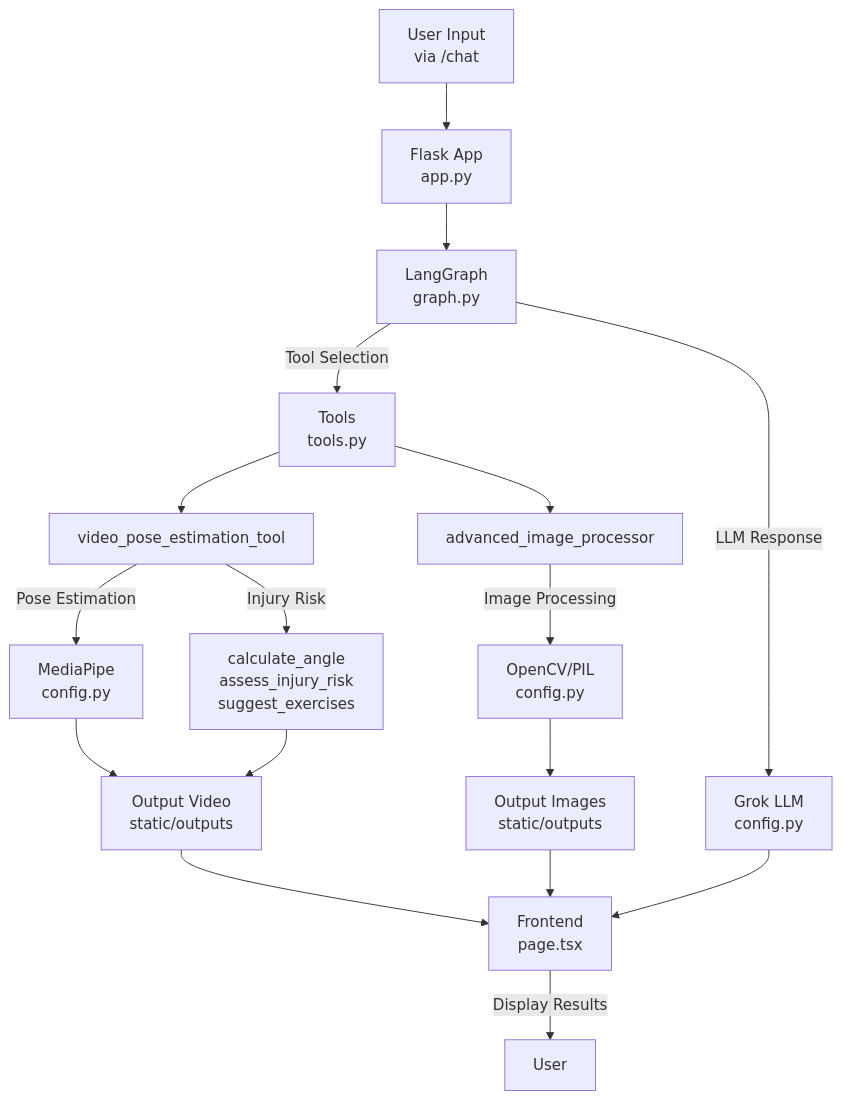
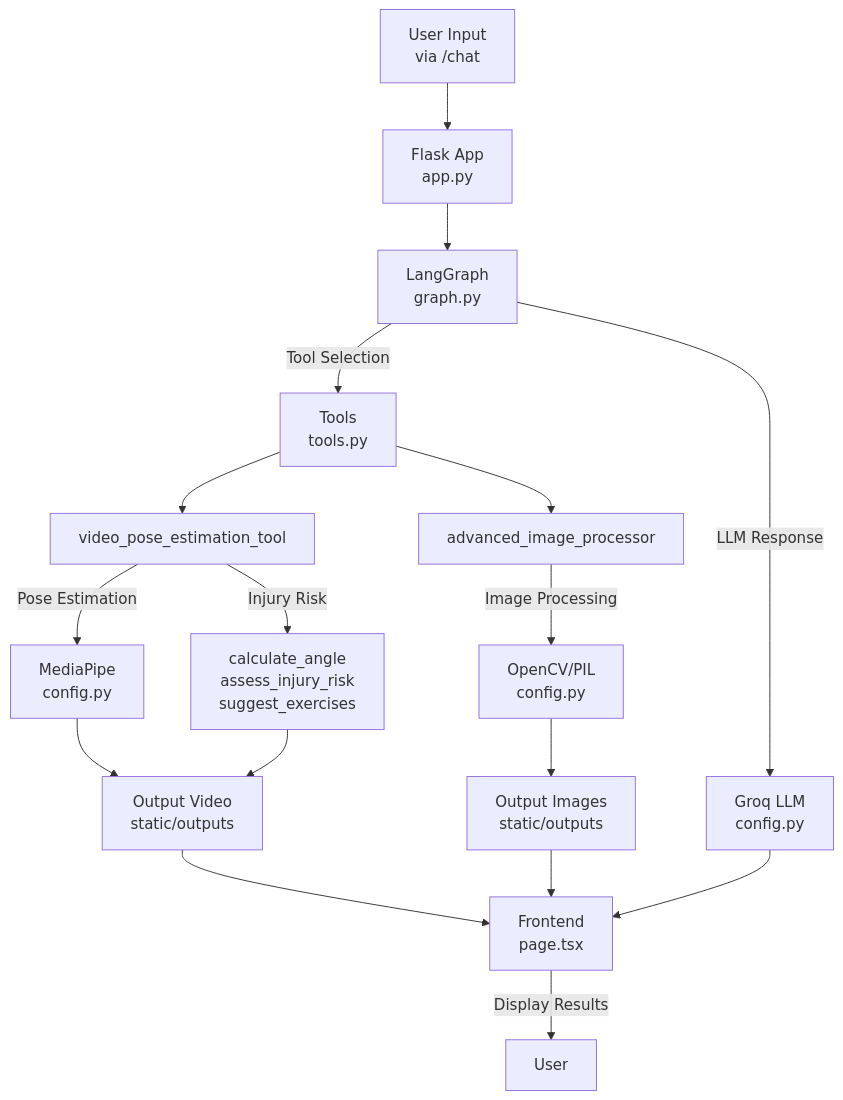
The diagram in README.md (arav7781/BharatShot), drawn with Mermaid before and after one commit. The commit also changed other lines of this file, not shown here.

````diff
--- a/README.md
+++ b/README.md
@@ -101,19 +101,19 @@
 ```mermaid
 graph TD
     A[User Input<br>via /chat] --> B[Flask App<br>app.py]
     B --> C[LangGraph<br>graph.py]
     C -->|Tool Selection| D[Tools<br>tools.py]
     D --> E[video_pose_estimation_tool]
     D --> F[advanced_image_processor]
     E -->|Pose Estimation| G[MediaPipe<br>config.py]
     E -->|Injury Risk| H[calculate_angle<br>assess_injury_risk<br>suggest_exercises]
     F -->|Image Processing| I[OpenCV/PIL<br>config.py]
     G --> J[Output Video<br>static/outputs]
     H --> J
     I --> K[Output Images<br>static/outputs]
     J --> L[Frontend<br>page.tsx]
     K --> L
-    C -->|LLM Response| M[Grok LLM<br>config.py]
+    C -->|LLM Response| M[Groq LLM<br>config.py]
     M --> L
     L -->|Display Results| N[User]
 ```
````
